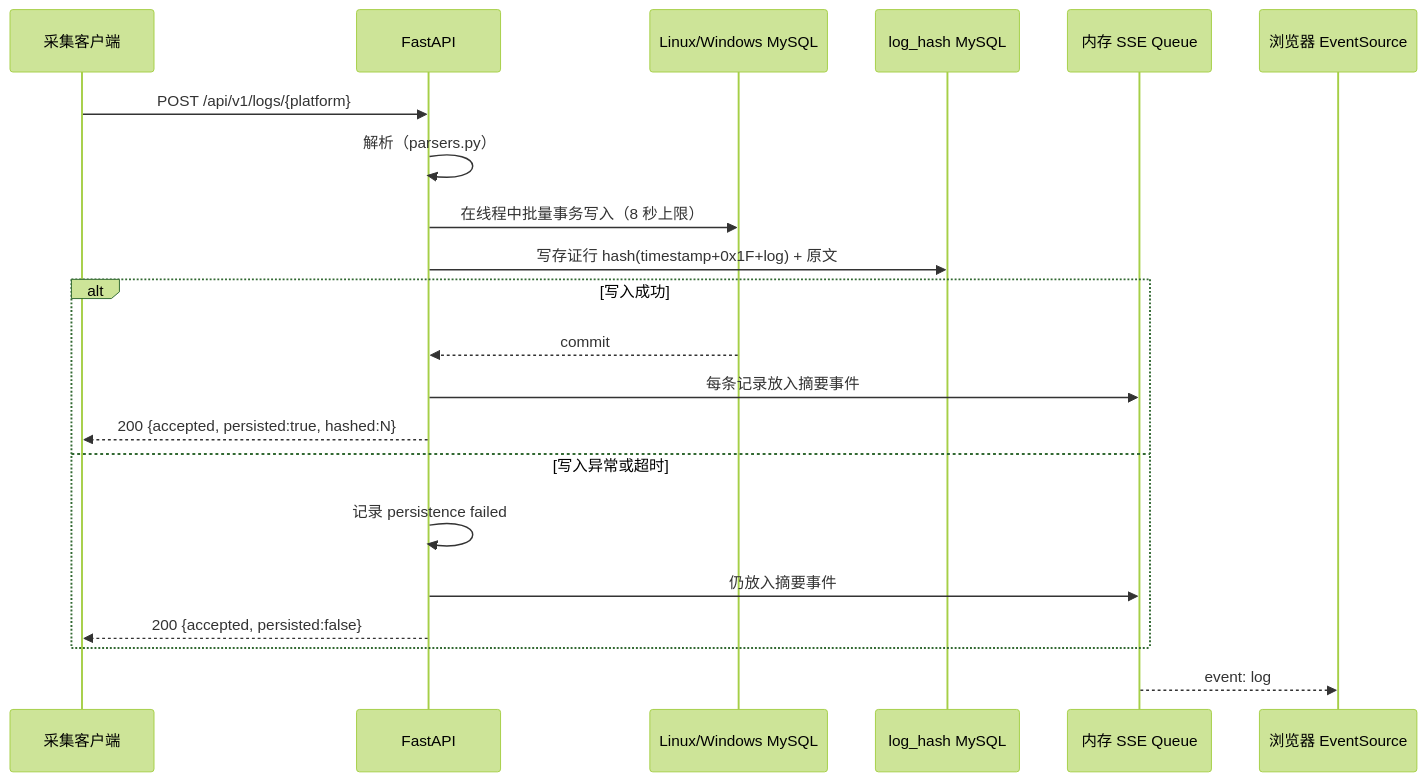
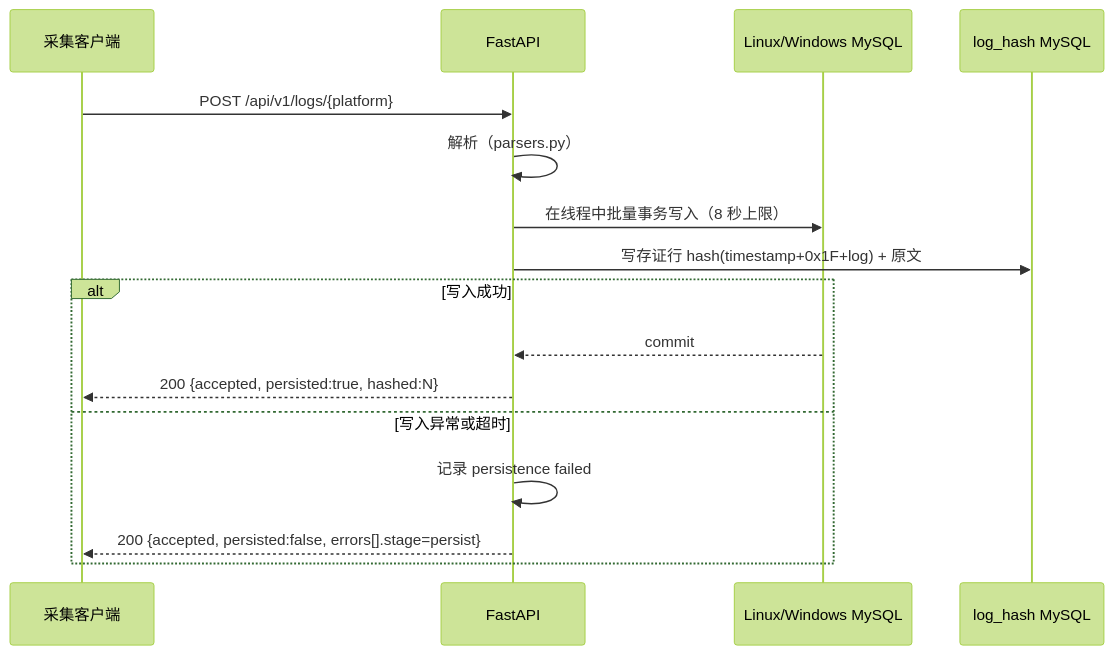
The second of 3 diagrams in docs/ARCHITECTURE.md (ironpillarsjq/log-fusion), drawn with Mermaid (forest theme) before and after one commit. The commit also changed other lines of this file and 20 other files, not shown here.

````diff
--- a/docs/ARCHITECTURE.md
+++ b/docs/ARCHITECTURE.md
@@ -92,24 +108,19 @@
 ```mermaid
 sequenceDiagram
     participant C as 采集客户端
     participant A as FastAPI
     participant DB as Linux/Windows MySQL
     participant H as log_hash MySQL
-    participant Q as 内存 SSE Queue
-    participant B as 浏览器 EventSource
 
     C->>A: POST /api/v1/logs/{platform}
     A->>A: 解析（parsers.py）
     A->>DB: 在线程中批量事务写入（8 秒上限）
     A->>H: 写存证行 hash(timestamp+0x1F+log) + 原文
     alt 写入成功
         DB-->>A: commit
-        A->>Q: 每条记录放入摘要事件
         A-->>C: 200 {accepted, persisted:true, hashed:N}
     else 写入异常或超时
         A->>A: 记录 persistence failed
-        A->>Q: 仍放入摘要事件
-        A-->>C: 200 {accepted, persisted:false}
+        A-->>C: 200 {accepted, persisted:false, errors[].stage=persist}
     end
-    Q-->>B: event: log
 ```
````
